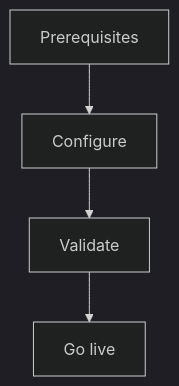
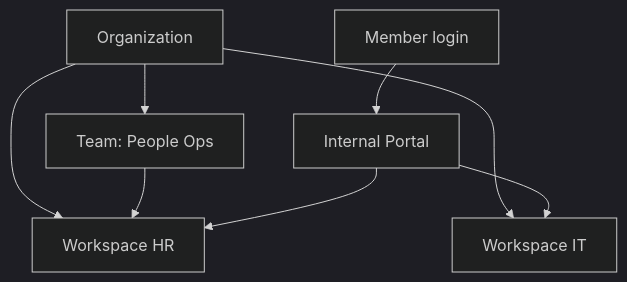
Before and after one commit to qefro-ai/qefro-documentation: the diagram in docs/guides/create-employee-ai.mdx, drawn with Mermaid (dark theme). The commit also changed other lines of this file and 12 other files, not shown here.

````diff
--- a/docs/guides/create-employee-ai.mdx
+++ b/docs/guides/create-employee-ai.mdx
@@ -34,6 +34,11 @@
 ```mermaid
-flowchart TD
-  A[Prerequisites] --> B[Configure]
-  B --> C[Validate]
-  C --> D[Go live]
+flowchart TB
+  Org[Organization]
+  Org --> HR[Workspace HR]
+  Org --> IT[Workspace IT]
+  Org --> Team[Team: People Ops]
+  Team --> HR
+  Member[Member login] --> Portal[Internal Portal]
+  Portal --> HR
+  Portal --> IT
 ```
````
